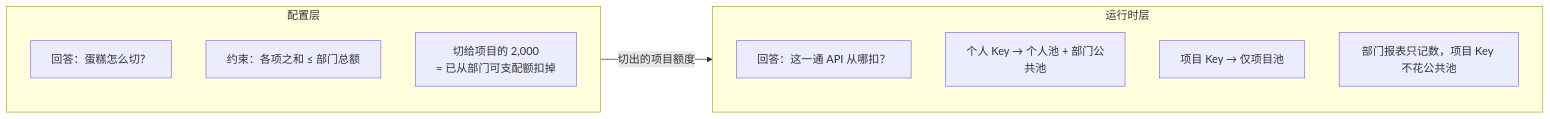
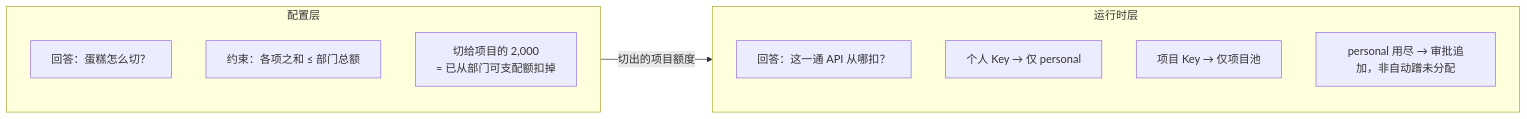
Before and after one commit to quyip8818/mytokenjoy: the second of 8 diagrams in docs/预算分配与扣减.md, drawn with Mermaid. The commit also changed other lines of this file and 105 other files, not shown here.

````diff
--- a/docs/预算分配与扣减.md
+++ b/docs/预算分配与扣减.md
@@ -76,19 +78,19 @@
 ```mermaid
 flowchart LR
   subgraph layer1 [配置层]
     direction TB
     L1A[回答：蛋糕怎么切？]
     L1B[约束：各项之和 ≤ 部门总额]
     L1C[切给项目的 2,000<br/>= 已从部门可支配额扣掉]
   end
 
   subgraph layer2 [运行时层]
     direction TB
     L2A[回答：这一通 API 从哪扣？]
-    L2B[个人 Key → 个人池 + 部门公共池]
+    L2B[个人 Key → 仅 personal]
     L2C[项目 Key → 仅项目池]
-    L2D[部门报表只记数，项目 Key 不花公共池]
+    L2D[personal 用尽 → 审批追加，非自动蹭未分配]
   end
 
   layer1 -->|切出的项目额度| layer2
 ```
````
